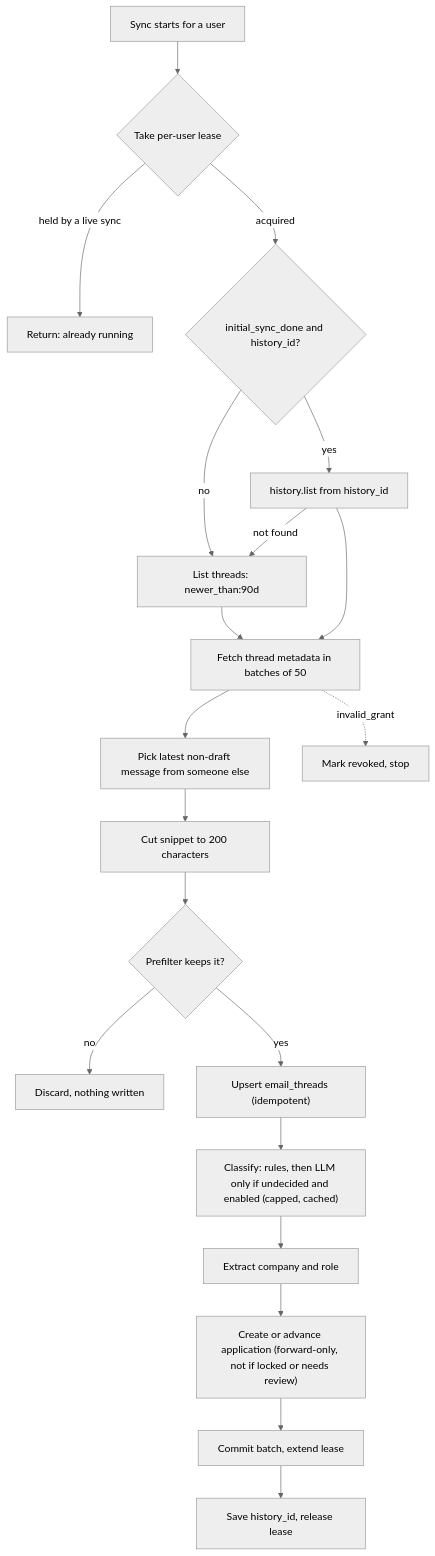
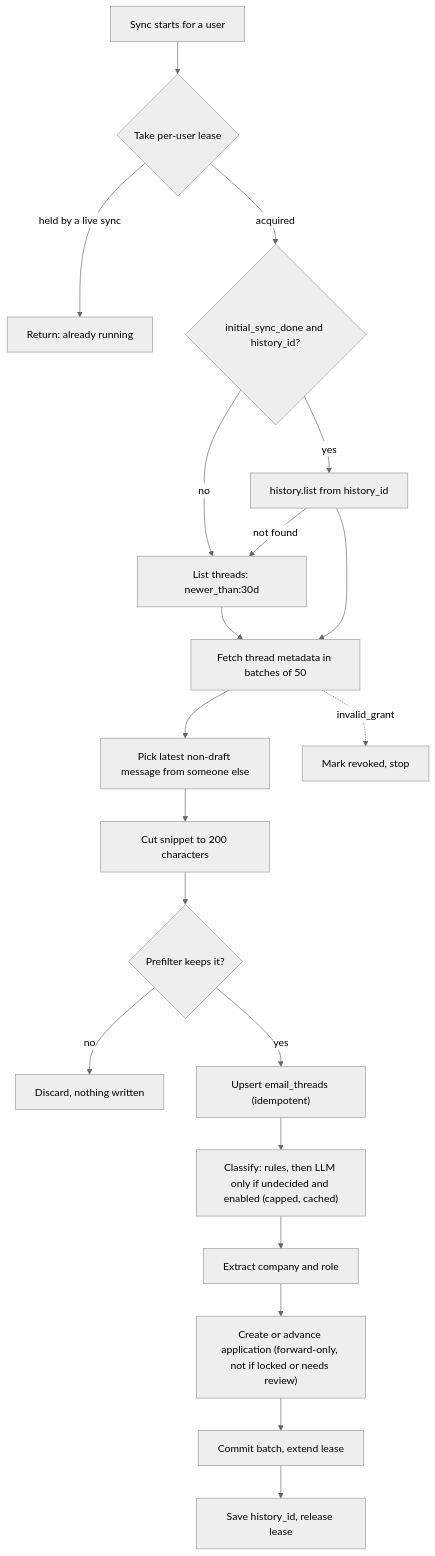
One commit to Aliankhann/ApplicationTrackerAI changed the second of 2 diagrams in docs/architecture.md. Above: the diagram before and after it, drawn with Mermaid (neutral theme). The commit also changed 37 other files, not shown here.

````diff
--- a/docs/architecture.md
+++ b/docs/architecture.md
@@ -65,22 +65,22 @@
 ```mermaid
 flowchart TD
     Start["Sync starts for a user"] --> Lease{"Take per-user lease"}
     Lease -->|"held by a live sync"| Stop["Return: already running"]
     Lease -->|"acquired"| Mode{"initial_sync_done and history_id?"}
-    Mode -->|"no"| List["List threads: newer_than:90d"]
+    Mode -->|"no"| List["List threads: newer_than:30d"]
     Mode -->|"yes"| Hist["history.list from history_id"]
     Hist -->|"not found"| List
     Hist --> Fetch
     List --> Fetch["Fetch thread metadata in batches of 50"]
     Fetch --> Pick["Pick latest non-draft message from someone else"]
     Pick --> Cut["Cut snippet to 200 characters"]
     Cut --> Pre{"Prefilter keeps it?"}
     Pre -->|"no"| Drop["Discard, nothing written"]
     Pre -->|"yes"| Up["Upsert email_threads (idempotent)"]
     Up --> Cls["Classify: rules, then LLM only if undecided and enabled (capped, cached)"]
     Cls --> Ext["Extract company and role"]
     Ext --> App["Create or advance application (forward-only, not if locked or needs review)"]
     App --> Commit["Commit batch, extend lease"]
     Commit --> Save["Save history_id, release lease"]
     Fetch -.->|"invalid_grant"| Rev["Mark revoked, stop"]
 ```
````
